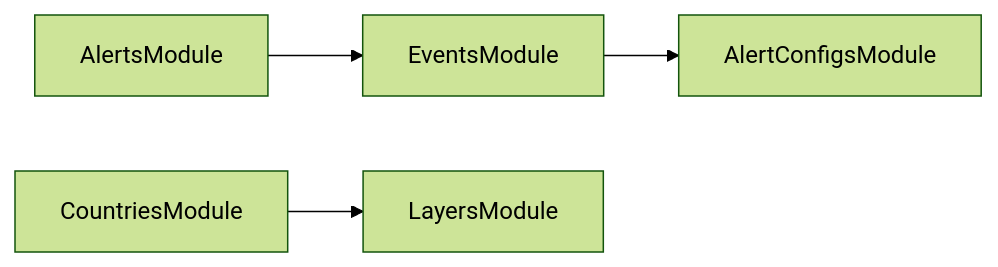
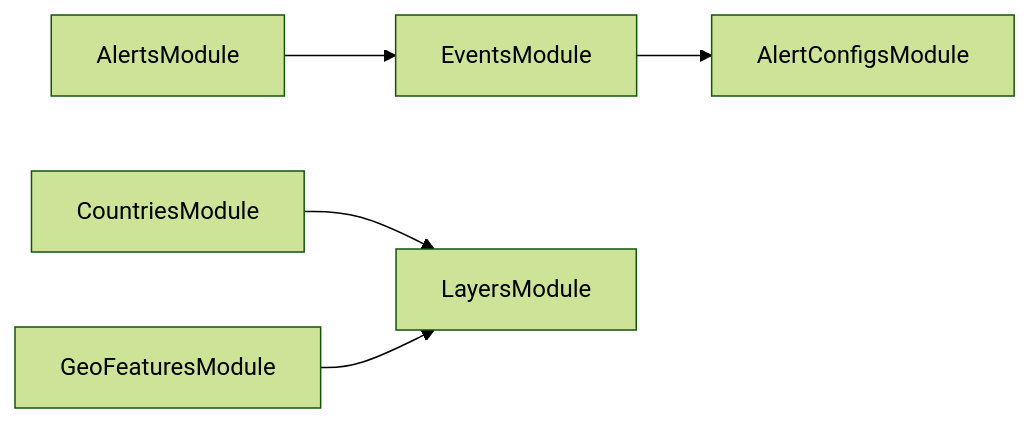
Before and after one commit to rodekruis/IBF: the diagram in services/api-service/module-dependencies.md, drawn with Mermaid (forest theme). The commit also changed 11 other files, not shown here.

````diff
--- a/services/api-service/module-dependencies.md
+++ b/services/api-service/module-dependencies.md
@@ -3,6 +3,7 @@
 ```mermaid
 graph LR
   AlertsModule-->EventsModule
   CountriesModule-->LayersModule
   EventsModule-->AlertConfigsModule
+  GeoFeaturesModule-->LayersModule
 ```
````
